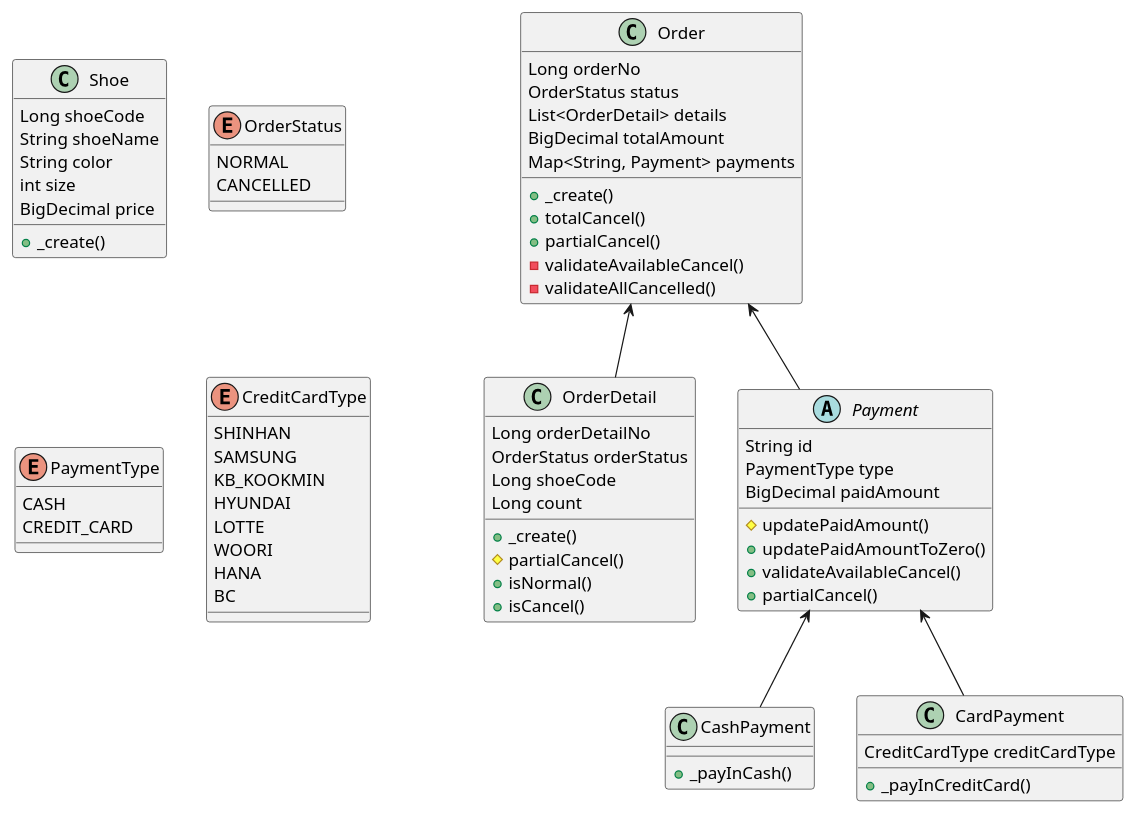
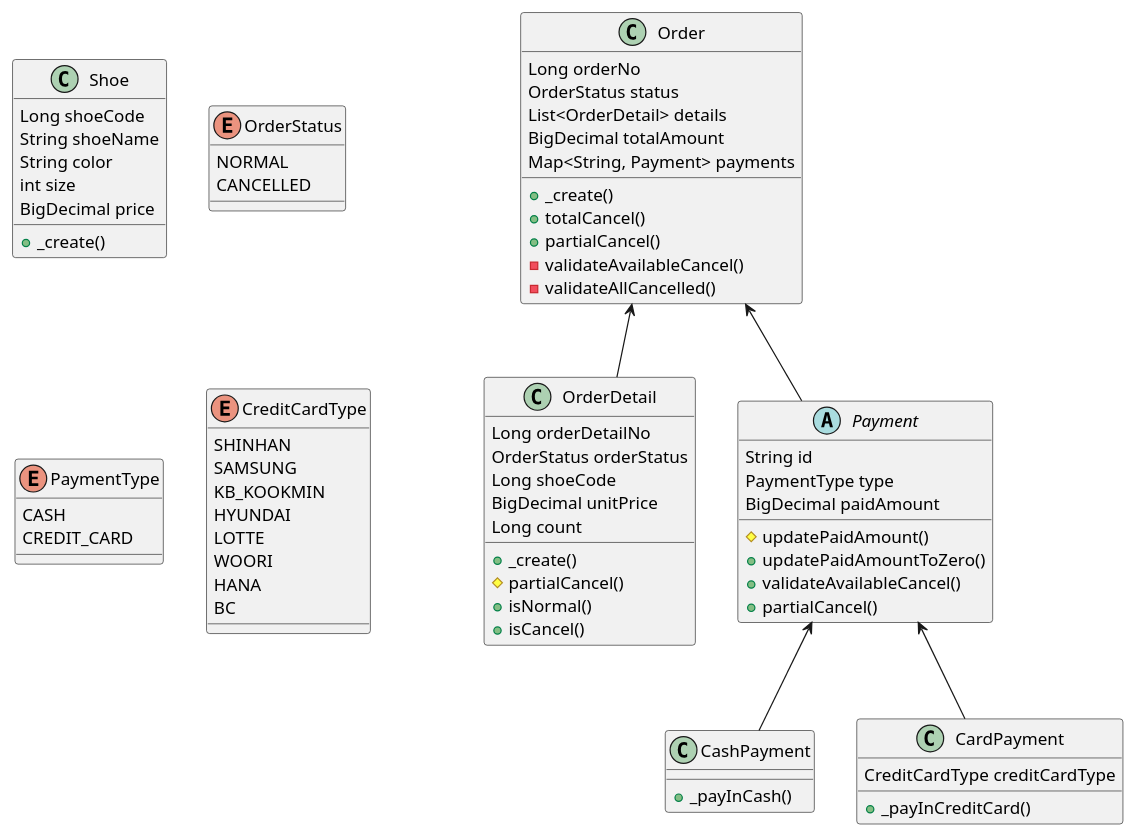
The diagram in docs/DomainStructure.puml (ABC-Mart-Owners-club/namjoon-shoe-store), drawn with PlantUML before and after one commit. The commit also changed 4 other files, not shown here.

Commit message:
Feature : [#5] add unit price at OrderDetail

```diff
--- a/docs/DomainStructure.puml
+++ b/docs/DomainStructure.puml
@@ -1,84 +1,85 @@
 @startuml
 
 
 
 class Shoe {
 Long shoeCode
 String shoeName
 String color
 int size
 BigDecimal price
 + _create()
 }
 
 enum OrderStatus {
 NORMAL
 CANCELLED
 }
 
 class Order {
 Long orderNo
 OrderStatus status
 List<OrderDetail> details
 BigDecimal totalAmount
 Map<String, Payment> payments
 + _create()
 + totalCancel()
 + partialCancel()
 - validateAvailableCancel()
 - validateAllCancelled()
 }
 
 class OrderDetail {
 Long orderDetailNo
 OrderStatus orderStatus
 Long shoeCode
+BigDecimal unitPrice
 Long count
 + _create()
 # partialCancel()
 + isNormal()
 + isCancel()
 }
 
 abstract class Payment {
 String id
 PaymentType type
 BigDecimal paidAmount
 # updatePaidAmount()
 + updatePaidAmountToZero()
 + validateAvailableCancel()
 + partialCancel()
 }
 
 class CashPayment {
 + _payInCash()
 }
 
 class CardPayment {
 CreditCardType creditCardType
 + _payInCreditCard()
 }
 
 enum PaymentType {
 CASH
 CREDIT_CARD
 }
 
 enum CreditCardType {
 SHINHAN
 SAMSUNG
 KB_KOOKMIN
 HYUNDAI
 LOTTE
 WOORI
 HANA
 BC
 }
 
 
 Order <-- OrderDetail
 Order <-- Payment
 Payment <-- CashPayment
 Payment <-- CardPayment
 
 @enduml
```
